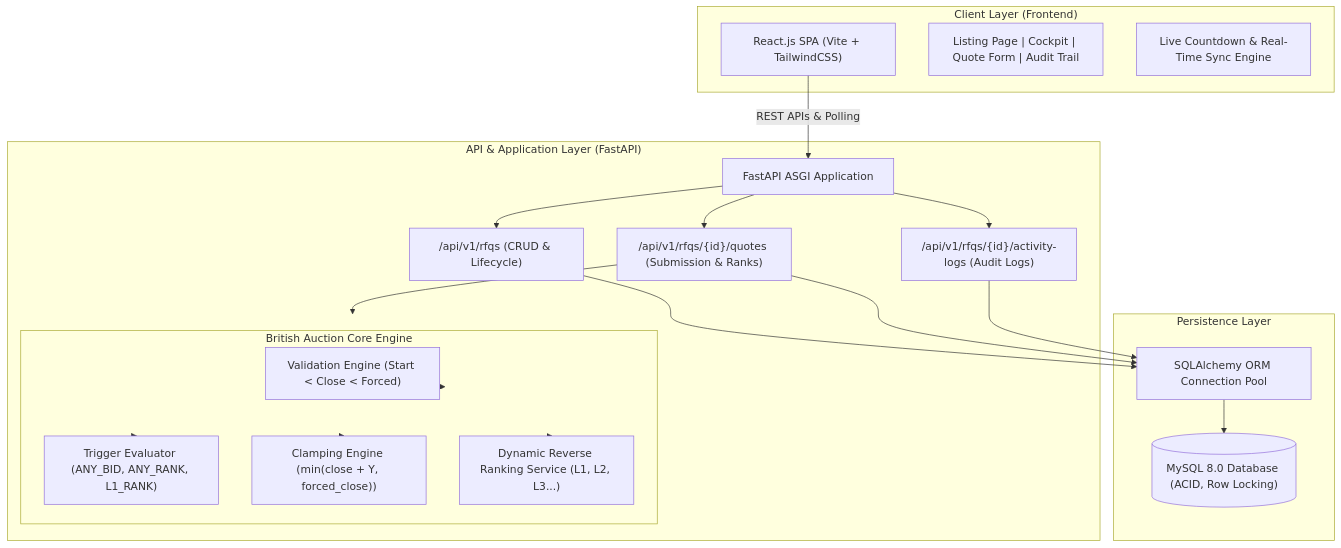
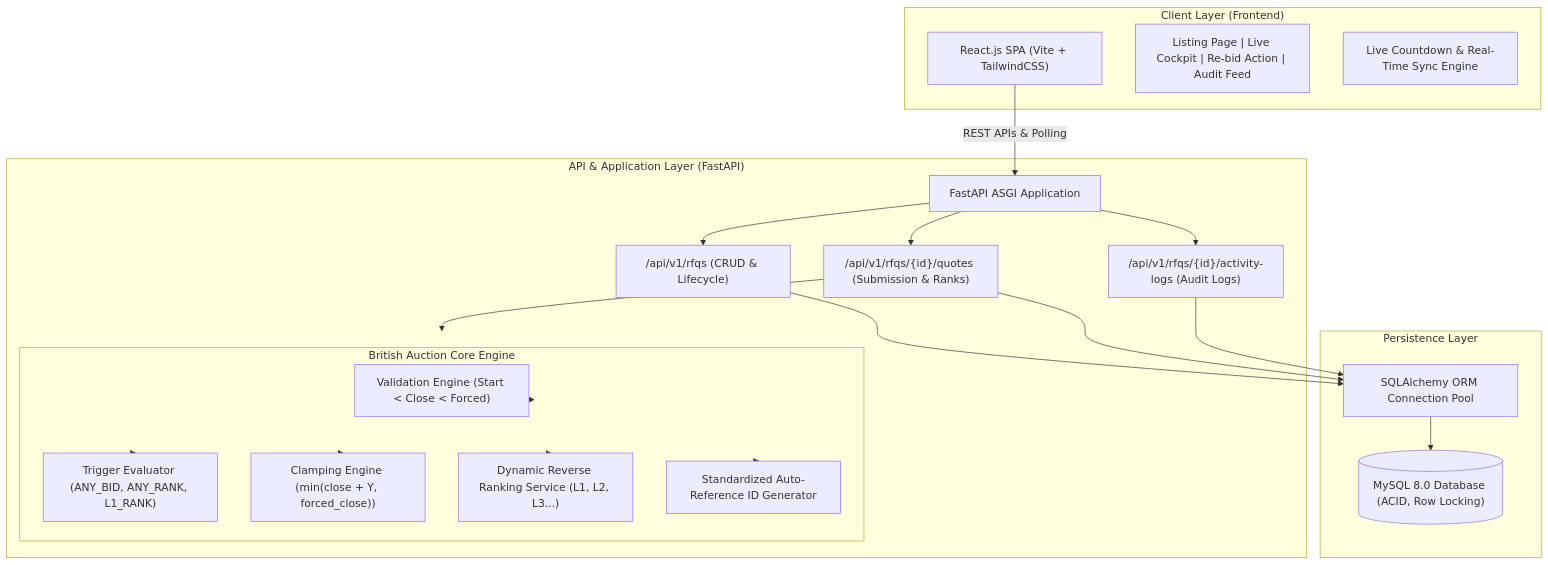
The first of 2 diagrams in README.md (Ayushkashyap011/British-Auction-Engine-RFQ), drawn with Mermaid before and after one commit. The commit also changed other lines of this file and 15 other files, not shown here.

````diff
--- a/README.md
+++ b/README.md
@@ -28,43 +31,45 @@
 ```mermaid
 flowchart TB
     subgraph ClientLayer ["Client Layer (Frontend)"]
         UI["React.js SPA (Vite + TailwindCSS)"]
-        Components["Listing Page | Cockpit | Quote Form | Audit Trail"]
+        Components["Listing Page | Live Cockpit | Re-bid Action | Audit Feed"]
         TimerHook["Live Countdown & Real-Time Sync Engine"]
     end
 
     subgraph APILayer ["API & Application Layer (FastAPI)"]
         FastAPIApp["FastAPI ASGI Application"]
         RFQRouter["/api/v1/rfqs (CRUD & Lifecycle)"]
         QuoteRouter["/api/v1/rfqs/{id}/quotes (Submission & Ranks)"]
         LogRouter["/api/v1/rfqs/{id}/activity-logs (Audit Logs)"]
         
         subgraph CoreEngine ["British Auction Core Engine"]
             Validator["Validation Engine (Start < Close < Forced)"]
             TriggerEvaluator["Trigger Evaluator (ANY_BID, ANY_RANK, L1_RANK)"]
             ExtensionClamper["Clamping Engine (min(close + Y, forced_close))"]
             RankingService["Dynamic Reverse Ranking Service (L1, L2, L3...)"]
+            IDGenerator["Standardized Auto-Reference ID Generator"]
         end
     end
 
     subgraph DataLayer ["Persistence Layer"]
         DBPool["SQLAlchemy ORM Connection Pool"]
         MySQL[("MySQL 8.0 Database (ACID, Row Locking)")]
     end
 
     UI -->|REST APIs & Polling| FastAPIApp
     FastAPIApp --> RFQRouter
     FastAPIApp --> QuoteRouter
     FastAPIApp --> LogRouter
     
     QuoteRouter --> CoreEngine
     CoreEngine --> Validator
     CoreEngine --> TriggerEvaluator
     CoreEngine --> ExtensionClamper
     CoreEngine --> RankingService
+    CoreEngine --> IDGenerator
     
     RFQRouter --> DBPool
     QuoteRouter --> DBPool
     LogRouter --> DBPool
     DBPool --> MySQL
 ```
````
